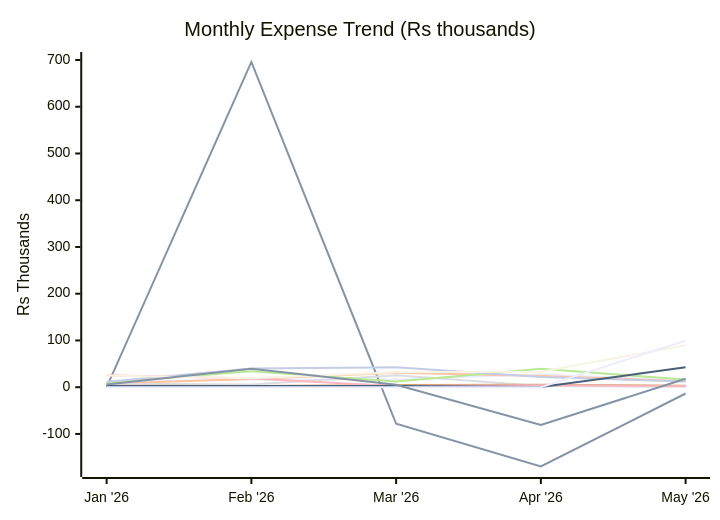
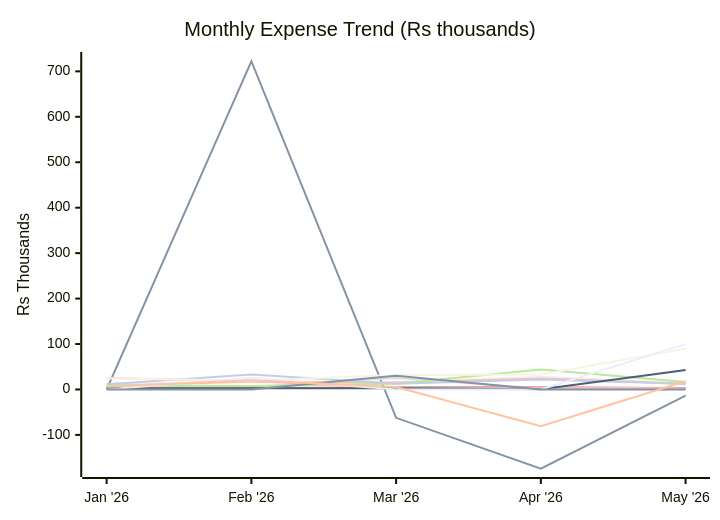
One commit to sachin-hg/expense-reporter changed the first of 2 diagrams in reports/2026-05.md. Above: the diagram before and after it, drawn with Mermaid. The commit also changed other lines of this file and 14 other files, not shown here.

````diff
--- a/reports/2026-05.md
+++ b/reports/2026-05.md
@@ -25,18 +26,19 @@
 ```mermaid
 xychart-beta
     title "Monthly Expense Trend (Rs thousands)"
     x-axis ["Jan '26", "Feb '26", "Mar '26", "Apr '26", "May '26"]
-    y-axis "Rs Thousands" -175 --> 700
-    line "Travel" [12.1, 16.5, 16.3, 27.9, 13.7]
-    line "Trip" [0.0, 695.8, -78.3, -169.5, -13.5]
-    line "Shopping" [7.8, 17.8, 31.0, 24.2, 12.7]
+    y-axis "Rs Thousands" -175 --> 725
+    line "Travel" [12.1, 16.5, 16.1, 27.9, 13.7]
+    line "Trip" [0.0, 722.3, -62.4, -174.4, -13.5]
+    line "Shopping" [7.8, 17.5, 15.1, 24.2, 12.7]
     line "Baby" [7.7, 5.6, 25.3, 2.4, 1.0]
-    line "Outside Food" [9.5, 34.3, 12.1, 39.2, 16.4]
-    line "Grocery" [2.9, 2.6, 4.7, 5.3, 3.2]
-    line "Utilities & Bills" [11.5, 39.9, 42.8, 21.7, 12.3]
-    line "Health, Fitness & Self Care" [25.5, 18.4, 2.5, 4.4, 2.3]
+    line "Outside Food" [9.5, 7.6, 12.6, 44.1, 16.4]
+    line "Grocery" [2.9, 3.5, 4.7, 5.3, 3.2]
+    line "Utilities & Bills" [11.5, 33.2, 12.6, 21.7, 12.3]
+    line "Health, Fitness & Self Care" [25.5, 18.6, 2.5, 4.4, 2.3]
     line "Upskill / AI" [2.6, 2.5, 2.6, 0.4, 42.6]
     line "Rohan" [24.8, 19.3, 32.0, 33.1, 89.6]
-    line "One-Time Expense" [0.0, 0.0, 0.0, 0.0, 99.7]
-    line "Others" [6.0, 39.6, 5.4, -80.9, 18.1]
+    line "One-Time Expense" [0.0, 25.8, 0.0, 0.0, 99.7]
+    line "Tax" [0.0, 0.0, 30.3, 0.0, 0.0]
+    line "Others" [6.0, 20.1, 5.2, -80.9, 18.1]
 ```
````
